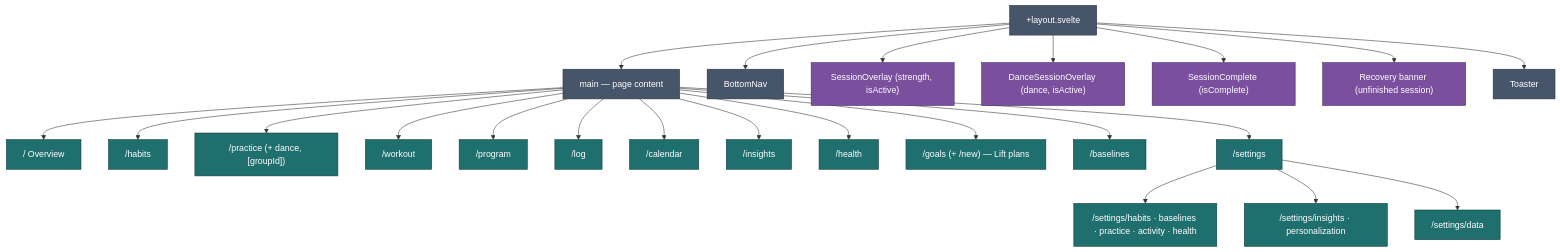
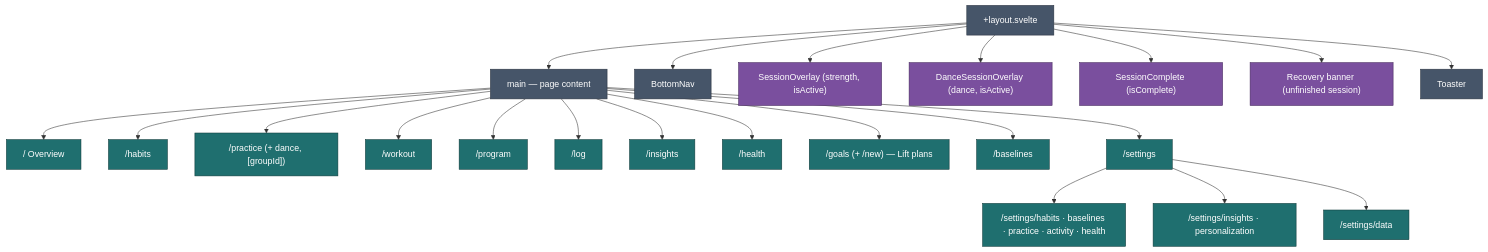
One commit to jermbo/CosmicWorkOut changed the first of 2 diagrams in docs/implementation/app-structure.md. Above: the diagram before and after it, drawn with Mermaid. The commit also changed other lines of this file and 31 other files, not shown here.

````diff
--- a/docs/implementation/app-structure.md
+++ b/docs/implementation/app-structure.md
@@ -48,34 +47,33 @@
 ```mermaid
 flowchart TB
     Layout["+layout.svelte"]
     Layout --> Main["main — page content"]
     Layout --> Nav[BottomNav]
     Layout --> Overlay["SessionOverlay (strength, isActive)"]
     Layout --> Dance["DanceSessionOverlay (dance, isActive)"]
     Layout --> Complete["SessionComplete (isComplete)"]
     Layout --> Recovery["Recovery banner (unfinished session)"]
     Layout --> Toast["Toaster"]
 
     Main --> Today["/ Overview"]
     Main --> Habits["/habits"]
     Main --> Practice["/practice (+ dance, [groupId])"]
     Main --> Workout["/workout"]
     Main --> Program["/program"]
     Main --> Log["/log"]
-    Main --> Calendar["/calendar"]
     Main --> Insights["/insights"]
     Main --> Health["/health"]
     Main --> Goals["/goals (+ /new) — Lift plans"]
     Main --> Baselines["/baselines"]
     Main --> Settings["/settings"]
     Settings --> SettingsHab["/settings/habits · baselines · practice · activity · health"]
     Settings --> SettingsBaselines["/settings/insights · personalization"]
     Settings --> SettingsData["/settings/data"]
 
     classDef shell fill:#465569,stroke:#28313e,color:#ffffff;
     classDef overlay fill:#7a4f9e,stroke:#46295c,color:#ffffff;
     classDef route fill:#1f6f6f,stroke:#0f3a3a,color:#ffffff;
     class Layout,Main,Nav,Toast shell;
     class Overlay,Dance,Complete,Recovery overlay;
-    class Today,Habits,Practice,Workout,Program,Log,Calendar,Insights,Health,Goals,Baselines,Settings,SettingsHab,SettingsBaselines,SettingsData route;
+    class Today,Habits,Practice,Workout,Program,Log,Insights,Health,Goals,Baselines,Settings,SettingsHab,SettingsBaselines,SettingsData route;
 ```
````
